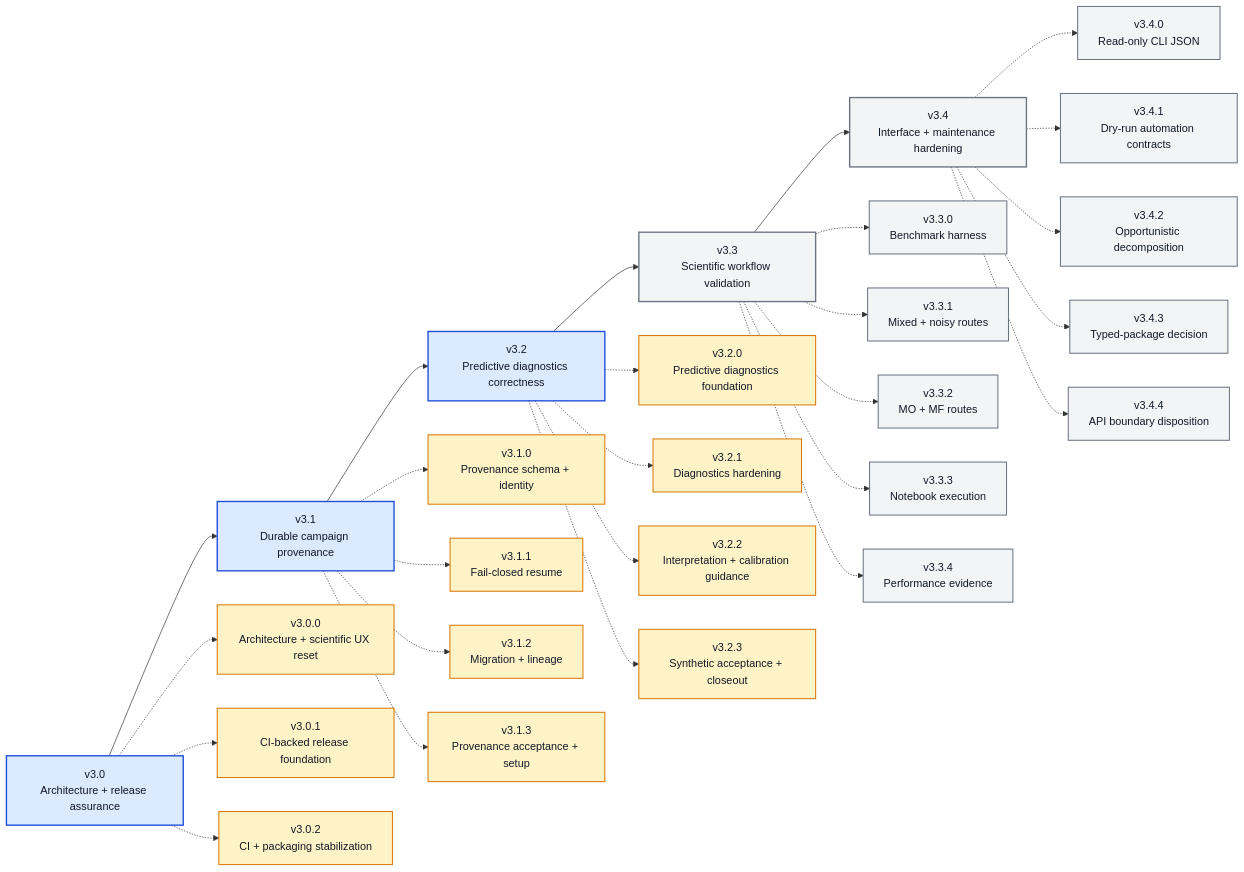
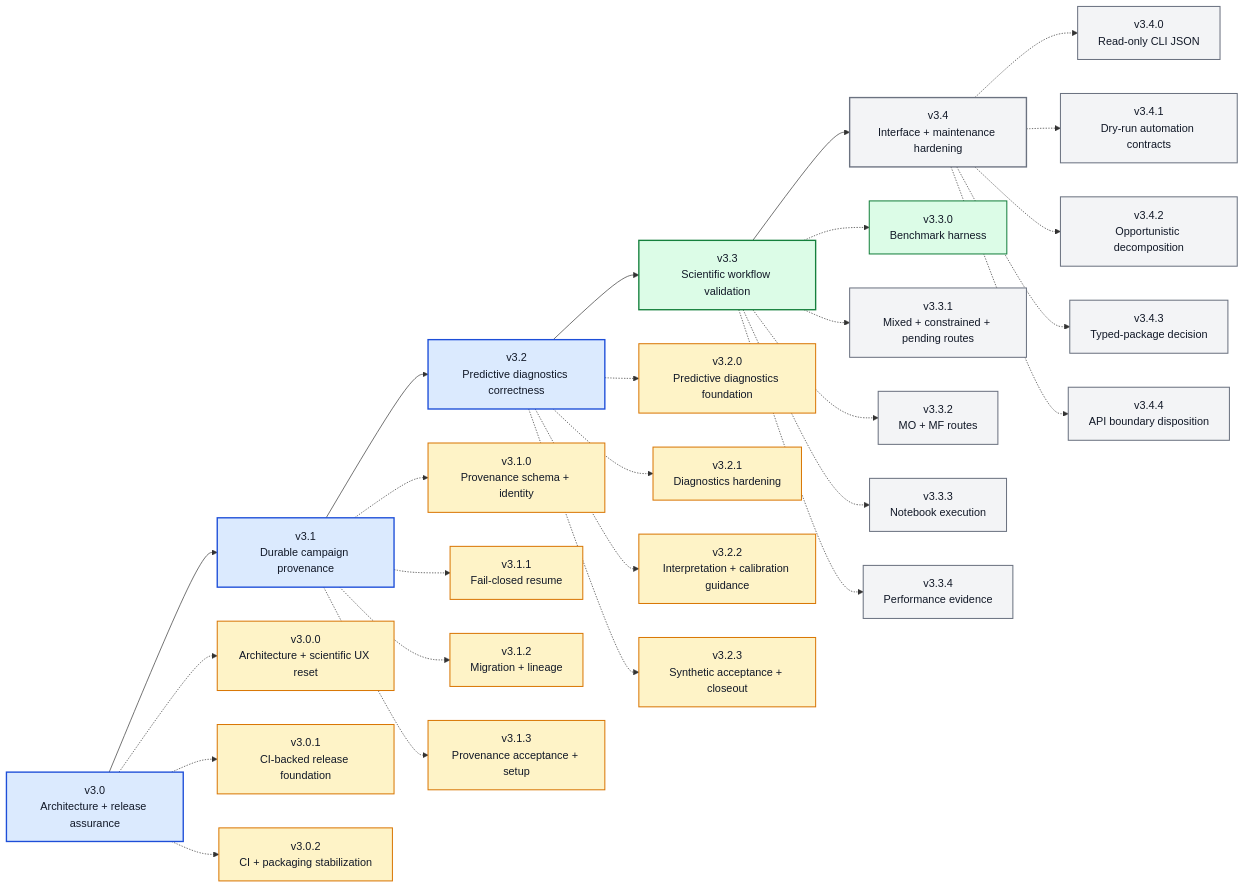
The diagram in ROADMAP_V3_X.md (angzeli/bo-forge), drawn with Mermaid before and after one commit. The commit also changed other lines of this file and 40 other files, not shown here.

````diff
--- a/ROADMAP_V3_X.md
+++ b/ROADMAP_V3_X.md
@@ -16,62 +17,64 @@
 ```mermaid
 flowchart LR
     v30["v3.0<br/>Architecture + release assurance"] --> v31["v3.1<br/>Durable campaign provenance"] --> v32["v3.2<br/>Predictive diagnostics correctness"] --> v33["v3.3<br/>Scientific workflow validation"] --> v34["v3.4<br/>Interface + maintenance hardening"]
 
     v300["v3.0.0<br/>Architecture + scientific UX reset"]
     v301["v3.0.1<br/>CI-backed release foundation"]
     v302["v3.0.2<br/>CI + packaging stabilization"]
     v310["v3.1.0<br/>Provenance schema + identity"]
     v311["v3.1.1<br/>Fail-closed resume"]
     v312["v3.1.2<br/>Migration + lineage"]
     v313["v3.1.3<br/>Provenance acceptance + setup"]
     v320["v3.2.0<br/>Predictive diagnostics foundation"]
     v321["v3.2.1<br/>Diagnostics hardening"]
     v322["v3.2.2<br/>Interpretation + calibration guidance"]
     v323["v3.2.3<br/>Synthetic acceptance + closeout"]
     v330["v3.3.0<br/>Benchmark harness"]
-    v331["v3.3.1<br/>Mixed + noisy routes"]
+    v331["v3.3.1<br/>Mixed + constrained + pending routes"]
     v332["v3.3.2<br/>MO + MF routes"]
     v333["v3.3.3<br/>Notebook execution"]
     v334["v3.3.4<br/>Performance evidence"]
     v340["v3.4.0<br/>Read-only CLI JSON"]
     v341["v3.4.1<br/>Dry-run automation contracts"]
     v342["v3.4.2<br/>Opportunistic decomposition"]
     v343["v3.4.3<br/>Typed-package decision"]
     v344["v3.4.4<br/>API boundary disposition"]
 
     v30 -.-> v300
     v30 -.-> v301
     v30 -.-> v302
     v31 -.-> v310
     v31 -.-> v311
     v31 -.-> v312
     v31 -.-> v313
     v32 -.-> v320
     v32 -.-> v321
     v32 -.-> v322
     v32 -.-> v323
     v33 -.-> v330
     v33 -.-> v331
     v33 -.-> v332
     v33 -.-> v333
     v33 -.-> v334
     v34 -.-> v340
     v34 -.-> v341
     v34 -.-> v342
     v34 -.-> v343
     v34 -.-> v344
 
     class v30,v31,v32 majorDone
-    class v33,v34 majorFuture
+    class v33 majorActive
+    class v34 majorFuture
     class v300,v301,v302 patchDone
     class v310,v311,v312,v313 patchDone
     class v320,v321,v322,v323 patchDone
-    class v330,v331,v332,v333,v334,v340,v341,v342,v343,v344 patchFuture
+    class v330 patchActive
+    class v331,v332,v333,v334,v340,v341,v342,v343,v344 patchFuture
 
     classDef majorDone fill:#dbeafe,stroke:#1d4ed8,stroke-width:2px,color:#111827;
     classDef majorActive fill:#dcfce7,stroke:#15803d,stroke-width:2px,color:#111827;
     classDef majorFuture fill:#f3f4f6,stroke:#6b7280,stroke-width:2px,color:#111827;
     classDef patchDone fill:#fef3c7,stroke:#d97706,stroke-width:1.5px,color:#111827;
     classDef patchActive fill:#dcfce7,stroke:#15803d,stroke-width:1.5px,color:#111827;
     classDef patchFuture fill:#f3f4f6,stroke:#6b7280,stroke-width:1.5px,color:#111827;
 ```
````
